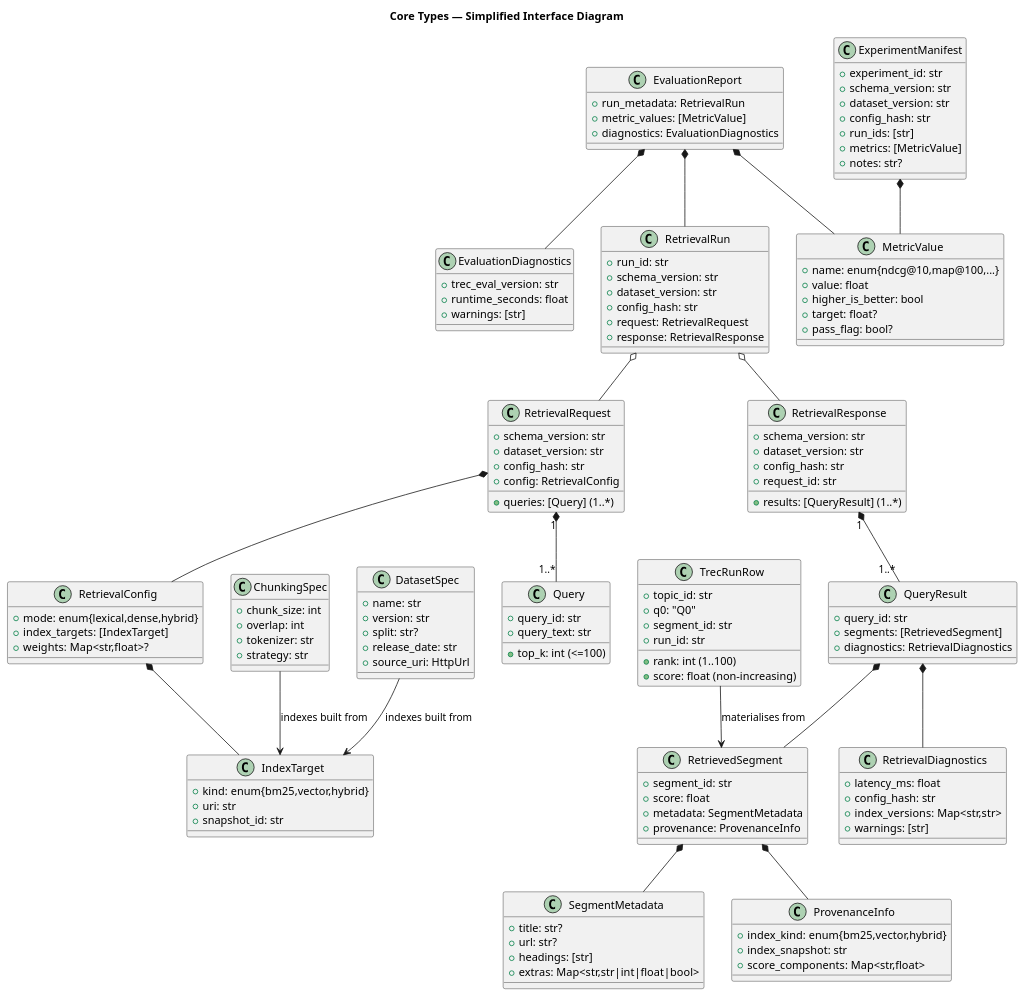
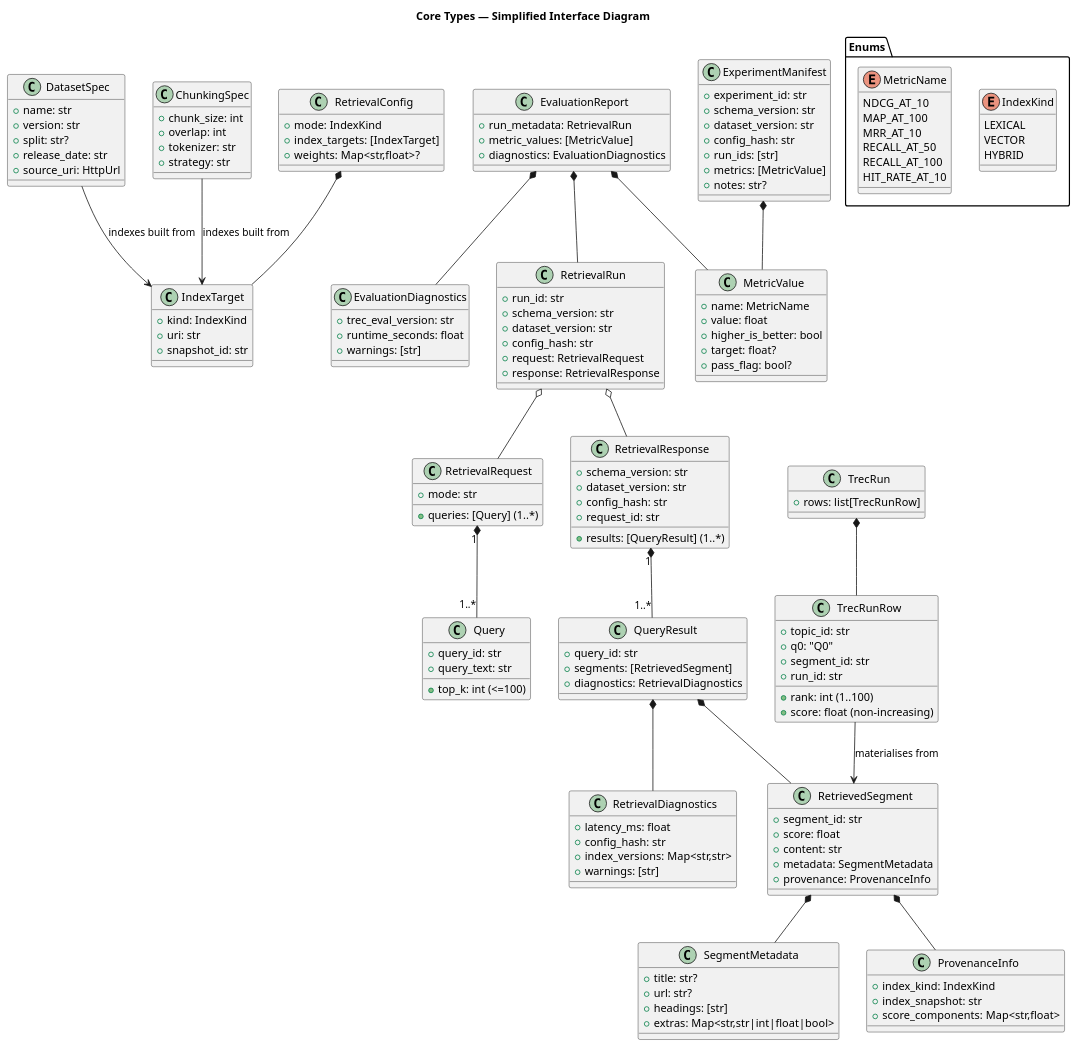
The diagram in .docs/uml/classes.puml (LukasStrickler/RAG-with-LLMs-TREC-2025-Information-Retrieval), drawn with PlantUML before and after one commit. The commit also changed 1 other file, not shown here.

Commit message:
feat(uml): Refactor class diagrams with enums and structural improvements
Introduce new enums for IndexKind and MetricName to improve type safety
Modify data structures to use maps instead of lists for key-value pairs
Remove redundant fields from RetrievalRequest and ProvenanceInfo
Add content field to RetrievedSegment for more comprehensive data
Simplify class relationships and remove unnecessary composition links

```diff
--- a/.docs/uml/classes.puml
+++ b/.docs/uml/classes.puml
@@ -1,159 +1,175 @@
 @startuml
 title Core Types — Simplified Interface Diagram
 
 ' Note: HttpUrl refers to Pydantic's validated URL type (not unconstrained string)
+
+package "Enums" {
+  enum IndexKind {
+    LEXICAL
+    VECTOR
+    HYBRID
+  }
+  enum MetricName {
+    NDCG_AT_10
+    MAP_AT_100
+    MRR_AT_10
+    RECALL_AT_50
+    RECALL_AT_100
+    HIT_RATE_AT_10
+  }
+}
 
 class DatasetSpec {
   +name: str
   +version: str
   +split: str?
   +release_date: str
   +source_uri: HttpUrl
 }
 
 class IndexTarget {
-  +kind: enum{bm25,vector,hybrid}
+  +kind: IndexKind
   +uri: str
   +snapshot_id: str
-}
-
-
-class SegmentMetadata {
-  +title: str?
-  +url: str?
-  +headings: [str]
-  +extras: Map<str,str|int|float|bool>
 }
 
 class ChunkingSpec {
   +chunk_size: int
   +overlap: int
   +tokenizer: str
   +strategy: str
 }
 
+class SegmentMetadata {
+  +title: str?
+  +url: str?
+  +headings: [str]
+  +extras: Map<str,str|int|float|bool>
+}
+
 class ProvenanceInfo {
-  +index_kind: enum{bm25,vector,hybrid}
+  +index_kind: IndexKind
   +index_snapshot: str
   +score_components: Map<str,float>
 }
 
 class RetrievedSegment {
   +segment_id: str
   +score: float
+  +content: str
   +metadata: SegmentMetadata
   +provenance: ProvenanceInfo
 }
 
 class RetrievalDiagnostics {
   +latency_ms: float
   +config_hash: str
   +index_versions: Map<str,str>
   +warnings: [str]
 }
 
 class RetrievalConfig {
-  +mode: enum{lexical,dense,hybrid}
+  +mode: IndexKind
   +index_targets: [IndexTarget]
   +weights: Map<str,float>?
 }
 
 class Query {
   +query_id: str
   +query_text: str
   +top_k: int (<=100)
 }
 
 class RetrievalRequest {
-  +schema_version: str
-  +dataset_version: str
-  +config_hash: str
-  +config: RetrievalConfig
+  +mode: str
   +queries: [Query] (1..*)
 }
 
 class QueryResult {
   +query_id: str
   +segments: [RetrievedSegment]
   +diagnostics: RetrievalDiagnostics
 }
 
 class RetrievalResponse {
   +schema_version: str
   +dataset_version: str
   +config_hash: str
   +request_id: str
   +results: [QueryResult] (1..*)
 }
 
 
+class TrecRun {
+  +rows: list[TrecRunRow]
+}
+
 class TrecRunRow {
   +topic_id: str
   +q0: "Q0"
   +segment_id: str
   +rank: int (1..100)
   +score: float (non-increasing)
   +run_id: str
 }
 
 class MetricValue {
-  +name: enum{ndcg@10,map@100,...}
+  +name: MetricName
   +value: float
   +higher_is_better: bool
   +target: float?
   +pass_flag: bool?
 }
 
 class EvaluationDiagnostics {
   +trec_eval_version: str
   +runtime_seconds: float
   +warnings: [str]
 }
 
 class RetrievalRun {
   +run_id: str
   +schema_version: str
   +dataset_version: str
   +config_hash: str
   +request: RetrievalRequest
   +response: RetrievalResponse
 }
 
 class EvaluationReport {
   +run_metadata: RetrievalRun
   +metric_values: [MetricValue]
   +diagnostics: EvaluationDiagnostics
 }
 
 class ExperimentManifest {
   +experiment_id: str
   +schema_version: str
   +dataset_version: str
   +config_hash: str
   +run_ids: [str]
   +metrics: [MetricValue]
   +notes: str?
 }
 
 RetrievalConfig *-- IndexTarget
-RetrievalRequest *-- RetrievalConfig
 RetrievalRequest "1" *-- "1..*" Query
 RetrievedSegment *-- SegmentMetadata
 RetrievedSegment *-- ProvenanceInfo
 QueryResult *-- RetrievedSegment
 QueryResult *-- RetrievalDiagnostics
 RetrievalResponse "1" *-- "1..*" QueryResult
 RetrievalRun o-- RetrievalRequest
 RetrievalRun o-- RetrievalResponse
 EvaluationReport *-- RetrievalRun
 EvaluationReport *-- MetricValue
 EvaluationReport *-- EvaluationDiagnostics
 ExperimentManifest *-- MetricValue
+TrecRun *-- TrecRunRow
 
 DatasetSpec --> IndexTarget : indexes built from
 ChunkingSpec --> IndexTarget : indexes built from
-
 TrecRunRow --> RetrievedSegment : materialises from
 
 
 @enduml
```
